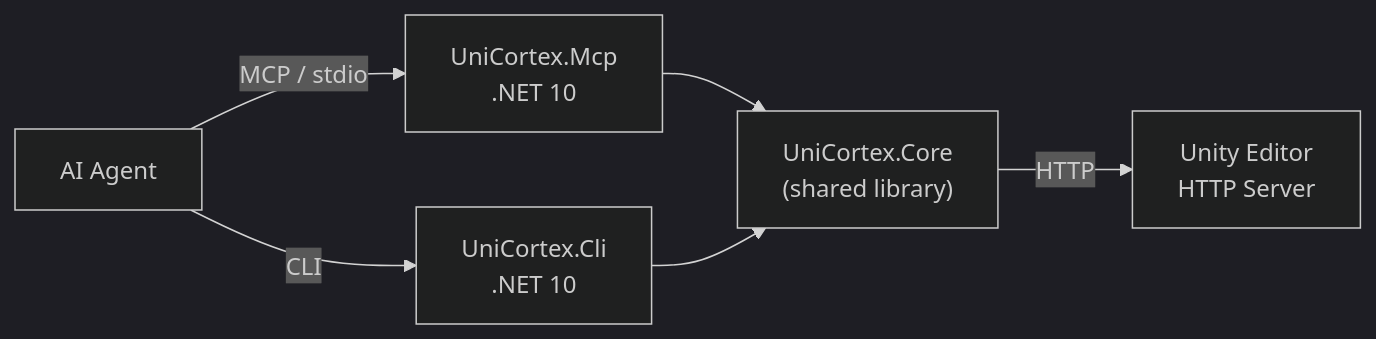
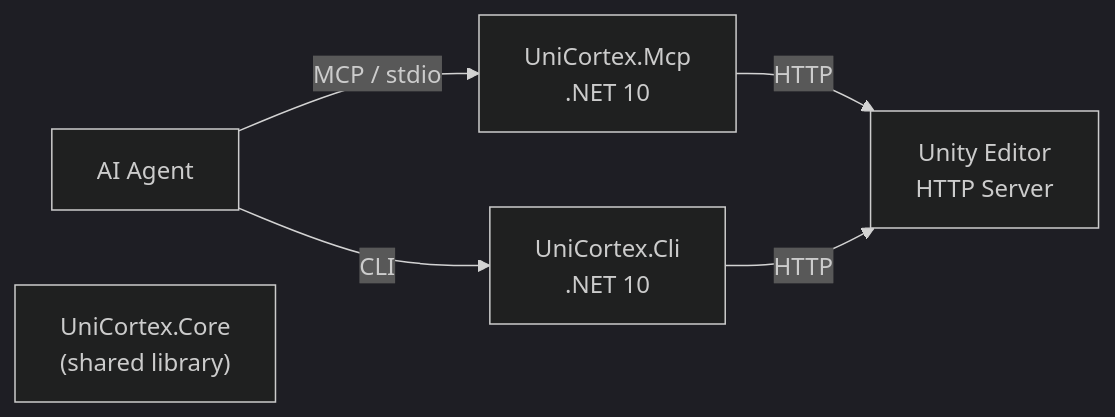
Before and after one commit to VeyronSakai/UniCortex: the diagram in .github/DRAFT_README.md, drawn with Mermaid (dark theme).

````diff
--- a/.github/DRAFT_README.md
+++ b/.github/DRAFT_README.md
@@ -188,14 +188,13 @@
 ```mermaid
 graph LR
     Agent["AI Agent"]
     MCP["UniCortex.Mcp<br/>.NET 10"]
     CLI["UniCortex.Cli<br/>.NET 10"]
     Core["UniCortex.Core<br/>(shared library)"]
     Unity["Unity Editor<br/>HTTP Server"]
 
     Agent -- "MCP / stdio" --> MCP
     Agent -- "CLI" --> CLI
-    MCP --> Core
-    CLI --> Core
-    Core -- "HTTP" --> Unity
+    MCP -- "HTTP" --> Unity
+    CLI -- "HTTP" --> Unity
 ```
````
